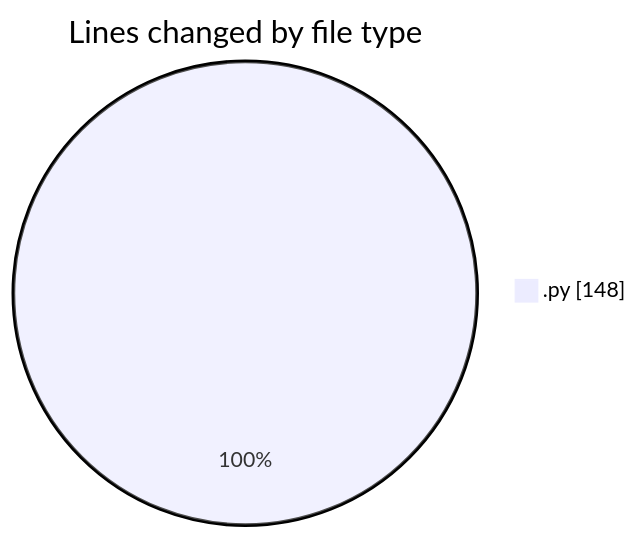
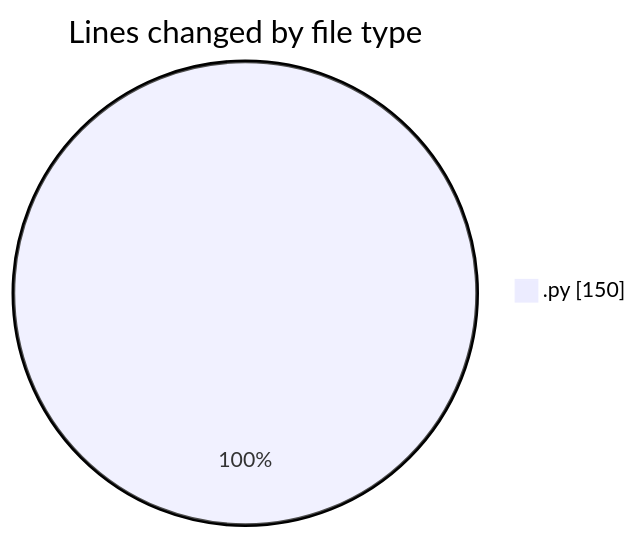
One commit to julien-gomy/code-tracking changed the first of 2 diagrams in 2025-10-27/eventscop-api-guide__workspace_/README.md. Above: the diagram before and after it, drawn with Mermaid. The commit also changed other lines of this file and 1 other file, not shown here.

````diff
--- a/2025-10-27/eventscop-api-guide__workspace_/README.md
+++ b/2025-10-27/eventscop-api-guide__workspace_/README.md
@@ -21,5 +21,5 @@
 ```mermaid
 pie showData
 title Lines changed by file type
-".py" : 148
+".py" : 150
 ```
````
